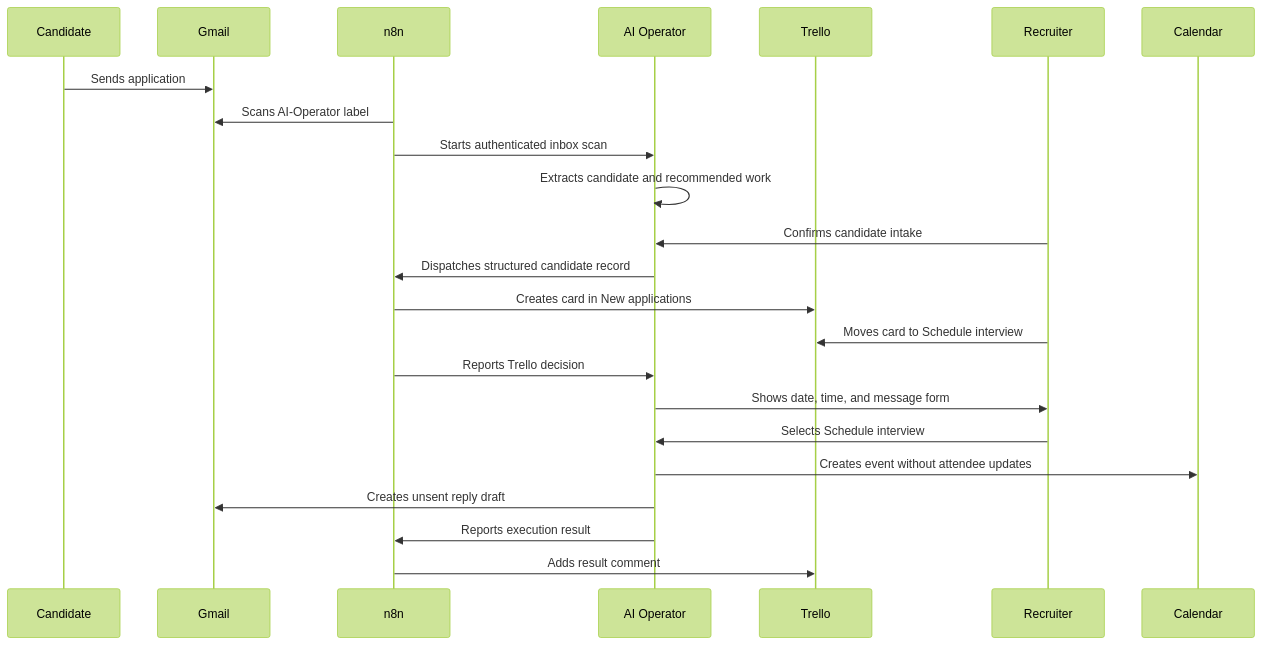
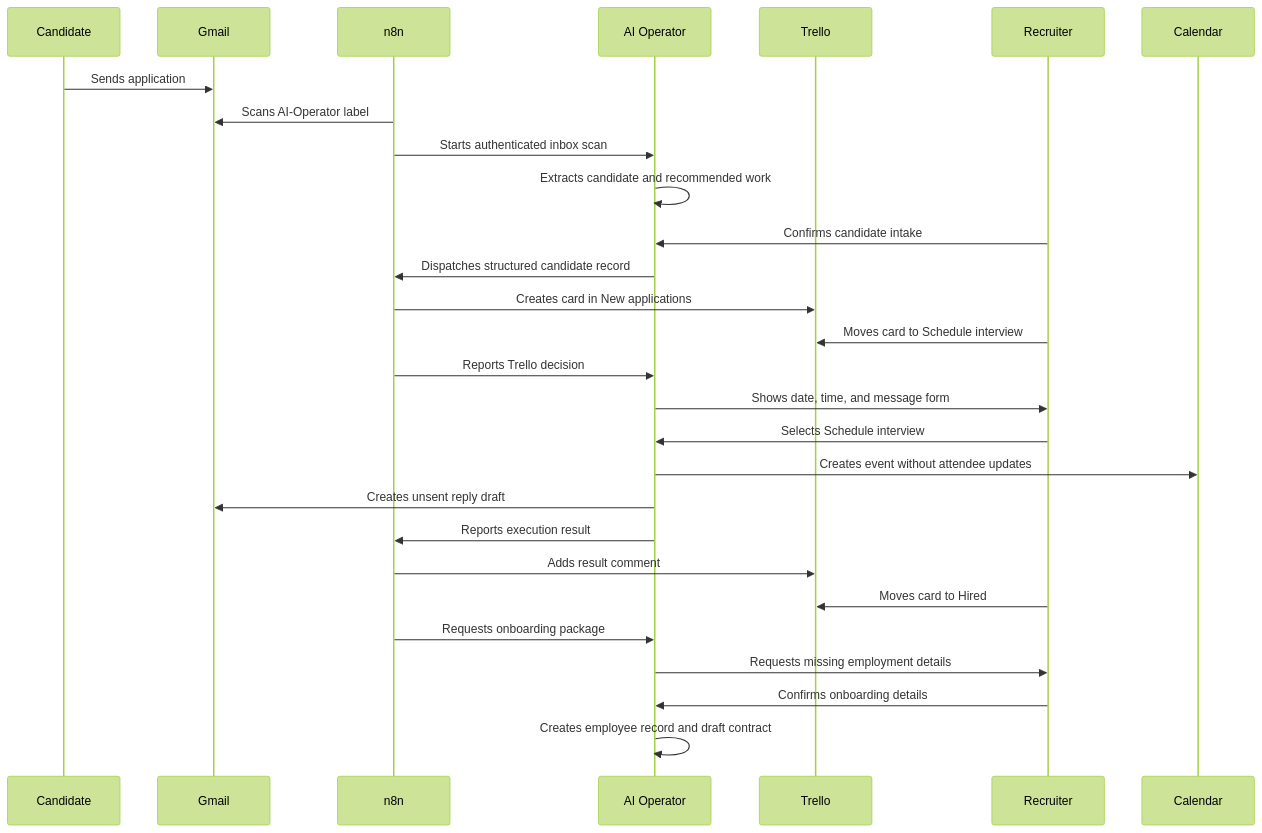
One commit to itqaanconsulting/ai-operator changed the diagram in docs/recruitment-demo.md. Above: the diagram before and after it, drawn with Mermaid (forest theme). The commit also changed other lines of this file and 12 other files, not shown here.

Commit message:
feat: complete hired candidate onboarding flow

````diff
--- a/docs/recruitment-demo.md
+++ b/docs/recruitment-demo.md
@@ -20,26 +21,31 @@
 ```mermaid
 sequenceDiagram
     participant Candidate
     participant Gmail
     participant n8n
     participant AI as AI Operator
     participant Trello
     participant Recruiter
     participant Calendar
 
     Candidate->>Gmail: Sends application
     n8n->>Gmail: Scans AI-Operator label
     n8n->>AI: Starts authenticated inbox scan
     AI->>AI: Extracts candidate and recommended work
     Recruiter->>AI: Confirms candidate intake
     AI->>n8n: Dispatches structured candidate record
     n8n->>Trello: Creates card in New applications
     Recruiter->>Trello: Moves card to Schedule interview
     n8n->>AI: Reports Trello decision
     AI->>Recruiter: Shows date, time, and message form
     Recruiter->>AI: Selects Schedule interview
     AI->>Calendar: Creates event without attendee updates
     AI->>Gmail: Creates unsent reply draft
     AI->>n8n: Reports execution result
     n8n->>Trello: Adds result comment
+    Recruiter->>Trello: Moves card to Hired
+    n8n->>AI: Requests onboarding package
+    AI->>Recruiter: Requests missing employment details
+    Recruiter->>AI: Confirms onboarding details
+    AI->>AI: Creates employee record and draft contract
 ```
````
